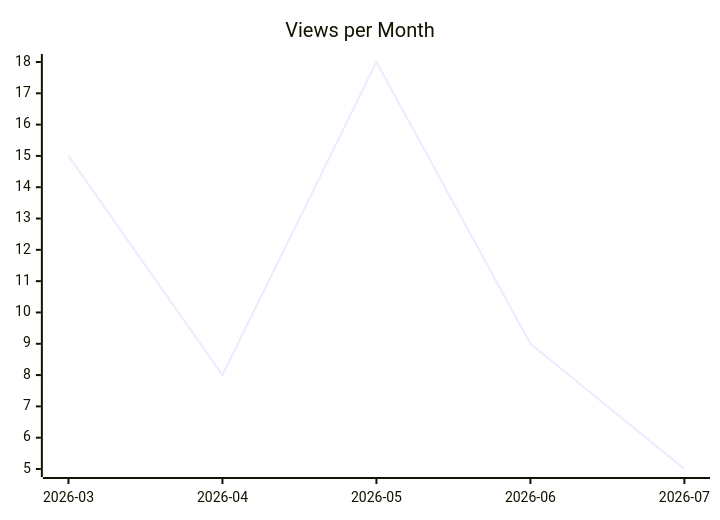
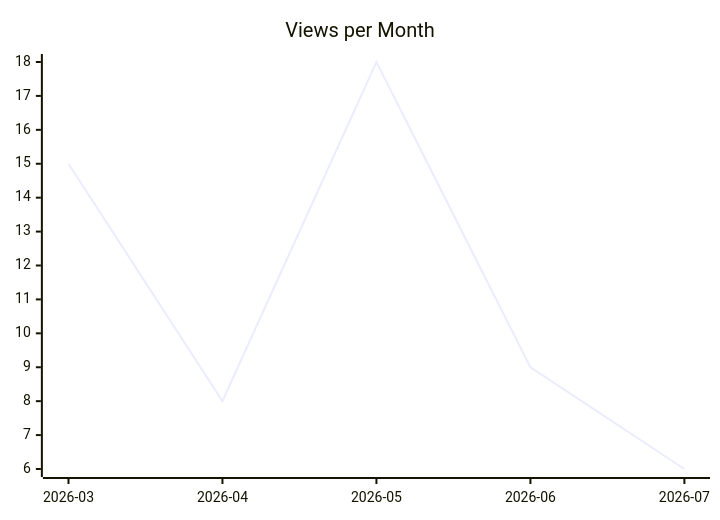
The second of 3 diagrams in karlmdavis/xmlpull/README.md (justdavis-family/github-analytics-data), drawn with Mermaid before and after one commit. The commit also changed other lines of this file and 185 other files, not shown here.

````diff
--- a/karlmdavis/xmlpull/README.md
+++ b/karlmdavis/xmlpull/README.md
@@ -12,6 +12,6 @@
 ```mermaid
 xychart-beta
   title "Views per Month"
   x-axis ["2026-03", "2026-04", "2026-05", "2026-06", "2026-07"]
-  line [15, 8, 18, 9, 5]
+  line [15, 8, 18, 9, 6]
 ```
````
